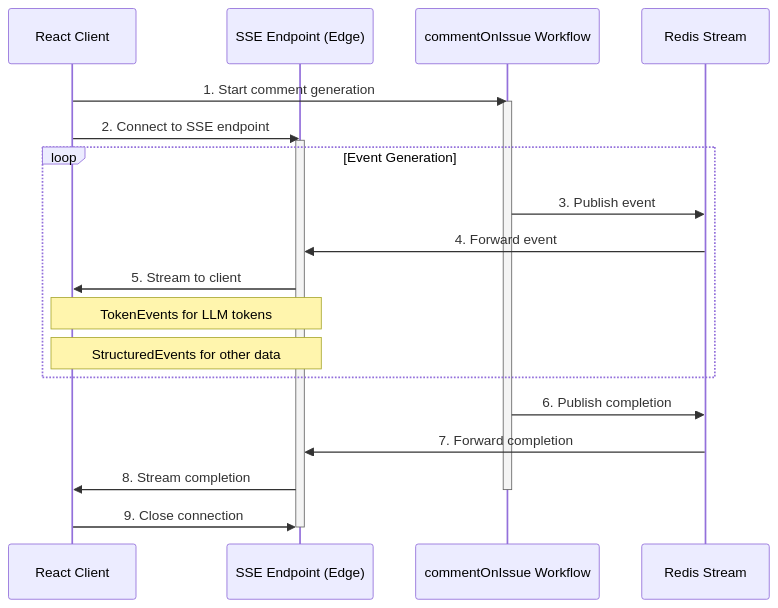
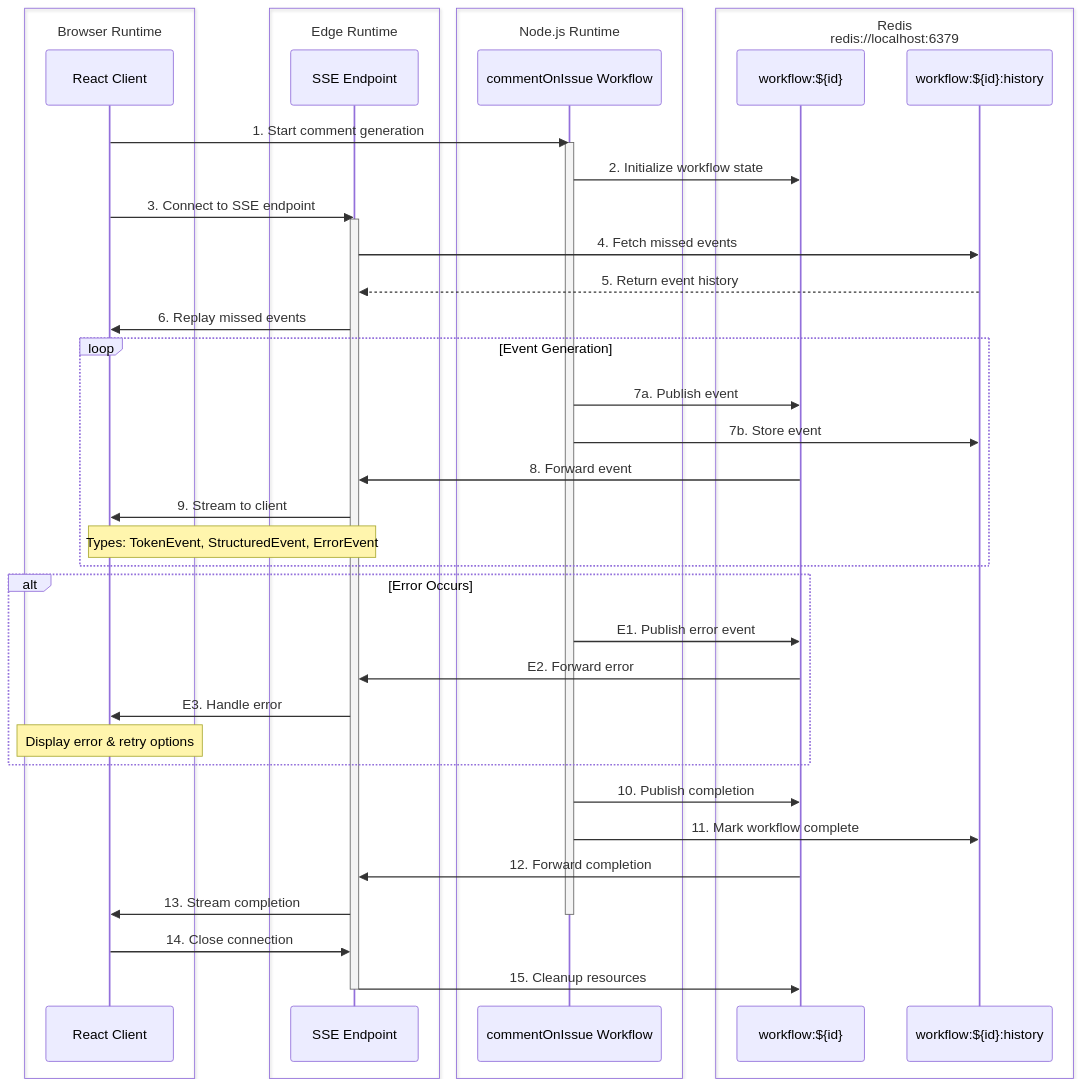
The diagram in Architecture.md (youngchingjui/issue-to-pr), drawn with Mermaid before and after one commit. The commit also changed 1 other file, not shown here.

Commit message:
updated plan

````diff
--- a/Architecture.md
+++ b/Architecture.md
@@ -115,29 +115,55 @@
 ```mermaid
 sequenceDiagram
-    participant Client as React Client
-    participant SSE as SSE Endpoint (Edge)
-    participant Workflow as commentOnIssue Workflow
-    participant Redis as Redis Stream
+    box Browser Runtime
+        participant Client as React Client
+    end
+
+    box Edge Runtime
+        participant SSE as SSE Endpoint
+    end
+
+    box Node.js Runtime
+        participant Workflow as commentOnIssue Workflow
+    end
+
+    box Redis<br>redis://localhost:6379
+        participant Redis as workflow:${id}
+        participant History as workflow:${id}:history
+    end
 
     Client->>Workflow: 1. Start comment generation
     activate Workflow
+    Workflow->>Redis: 2. Initialize workflow state
 
-    Client->>SSE: 2. Connect to SSE endpoint
+    Client->>SSE: 3. Connect to SSE endpoint
     activate SSE
 
+    SSE->>History: 4. Fetch missed events
+    History-->>SSE: 5. Return event history
+    SSE->>Client: 6. Replay missed events
+
     loop Event Generation
-        Workflow->>Redis: 3. Publish event
-        Redis->>SSE: 4. Forward event
-        SSE->>Client: 5. Stream to client
-        Note over SSE,Client: TokenEvents for LLM tokens
-        Note over SSE,Client: StructuredEvents for other data
+        Workflow->>Redis: 7a. Publish event
+        Workflow->>History: 7b. Store event
+        Redis->>SSE: 8. Forward event
+        SSE->>Client: 9. Stream to client
+        Note over SSE,Client: Types: TokenEvent, StructuredEvent, ErrorEvent
     end
 
-    Workflow->>Redis: 6. Publish completion
-    Redis->>SSE: 7. Forward completion
-    SSE->>Client: 8. Stream completion
+    alt Error Occurs
+        Workflow->>Redis: E1. Publish error event
+        Redis->>SSE: E2. Forward error
+        SSE->>Client: E3. Handle error
+        Note over Client: Display error & retry options
+    end
+
+    Workflow->>Redis: 10. Publish completion
+    Workflow->>History: 11. Mark workflow complete
+    Redis->>SSE: 12. Forward completion
+    SSE->>Client: 13. Stream completion
     deactivate Workflow
 
-    Client->>SSE: 9. Close connection
+    Client->>SSE: 14. Close connection
+    SSE->>Redis: 15. Cleanup resources
     deactivate SSE
 ```
````
